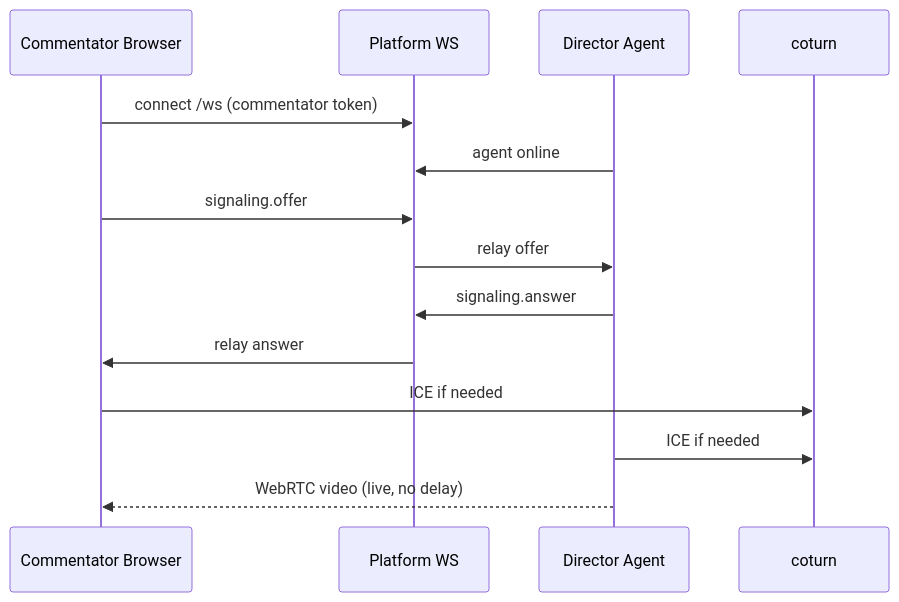
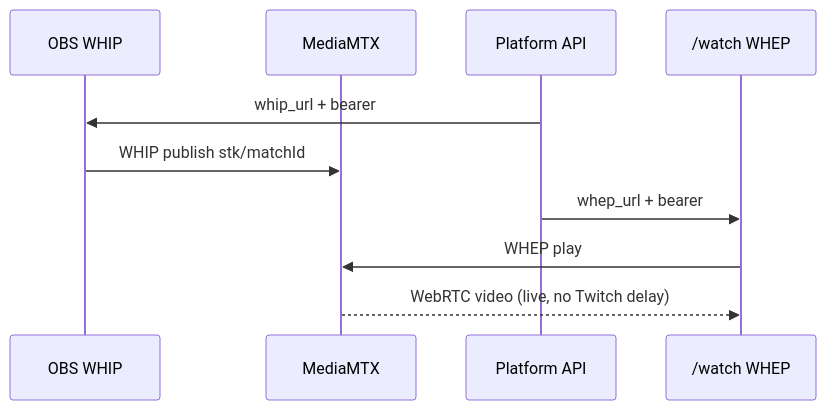
One commit to Gorshipiskp/StudentTournamentKit changed the sixth of 6 diagrams in docs/ARCHITECTURE.md. Above: the diagram before and after it, drawn with Mermaid. The commit also changed other lines of this file and 217 other files, not shown here.

````diff
--- a/docs/ARCHITECTURE.md
+++ b/docs/ARCHITECTURE.md
@@ -694,17 +697,13 @@
 ```mermaid
 sequenceDiagram
-    participant COMM as Commentator Browser
-    participant API as Platform WS
-    participant AGENT as Director Agent
-    participant TURN as coturn
+    participant OBS as OBS WHIP
+    participant MTX as MediaMTX
+    participant API as Platform API
+    participant COMM as /watch WHEP
 
-    COMM->>API: connect /ws (commentator token)
-    AGENT->>API: agent online
-    COMM->>API: signaling.offer
-    API->>AGENT: relay offer
-    AGENT->>API: signaling.answer
-    API->>COMM: relay answer
-    COMM->>TURN: ICE if needed
-    AGENT->>TURN: ICE if needed
-    AGENT-->>COMM: WebRTC video (live, no delay)
+    API->>OBS: whip_url + bearer
+    OBS->>MTX: WHIP publish stk/matchId
+    API->>COMM: whep_url + bearer
+    COMM->>MTX: WHEP play
+    MTX-->>COMM: WebRTC video (live, no Twitch delay)
 ```
````
